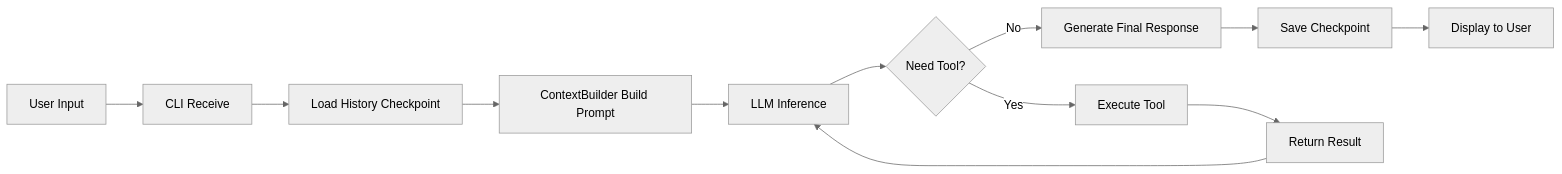
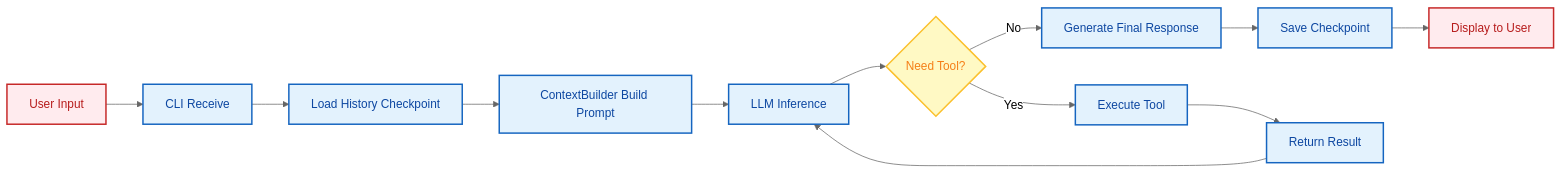
One commit to xt765/FinchBot changed the tenth of 10 diagrams in docs/en-US/architecture.md. Above: the diagram before and after it, drawn with Mermaid (neutral theme). The commit also changed other lines of this file and 17 other files, not shown here.

First line of the commit message:
docs: 全面更新所有文档，美化 Mermaid 图表

````diff
--- a/docs/en-US/architecture.md
+++ b/docs/en-US/architecture.md
@@ -414,14 +852,19 @@
 ```mermaid
 flowchart LR
-    A[User Input] --> B[CLI Receive]
-    B --> C[Load History Checkpoint]
-    C --> D[ContextBuilder Build Prompt]
-    D --> E[LLM Inference]
-    E --> F{Need Tool?}
-    F -->|No| G[Generate Final Response]
-    F -->|Yes| H[Execute Tool]
-    H --> I[Return Result]
+    %% Style Definitions
+    classDef startEnd fill:#ffebee,stroke:#c62828,stroke-width:2px,color:#b71c1c;
+    classDef process fill:#e3f2fd,stroke:#1565c0,stroke-width:2px,color:#0d47a1;
+    classDef decision fill:#fff9c4,stroke:#fbc02d,stroke-width:2px,color:#f57f17;
+
+    A[User Input]:::startEnd --> B[CLI Receive]:::process
+    B --> C[Load History Checkpoint]:::process
+    C --> D[ContextBuilder Build Prompt]:::process
+    D --> E[LLM Inference]:::process
+    E --> F{Need Tool?}:::decision
+    F -->|No| G[Generate Final Response]:::process
+    F -->|Yes| H[Execute Tool]:::process
+    H --> I[Return Result]:::process
     I --> E
-    G --> J[Save Checkpoint]
-    J --> K[Display to User]
+    G --> J[Save Checkpoint]:::process
+    J --> K[Display to User]:::startEnd
 ```
````
